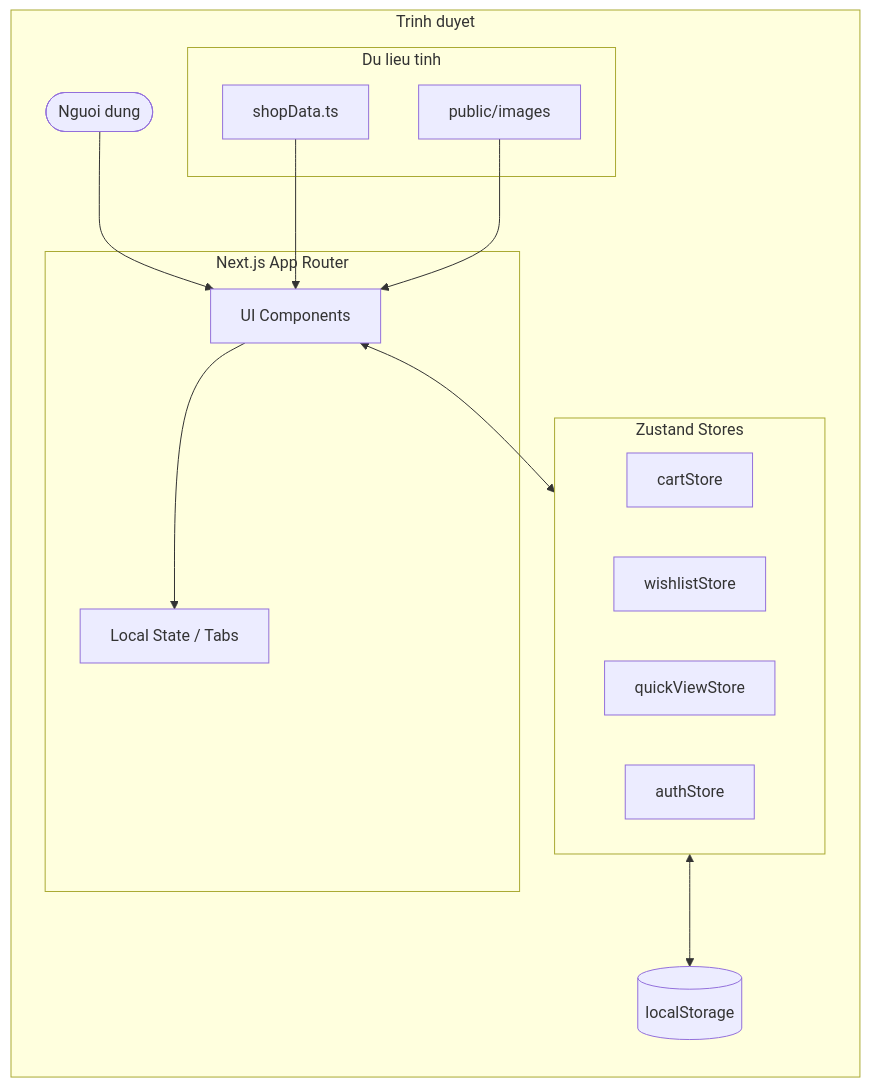
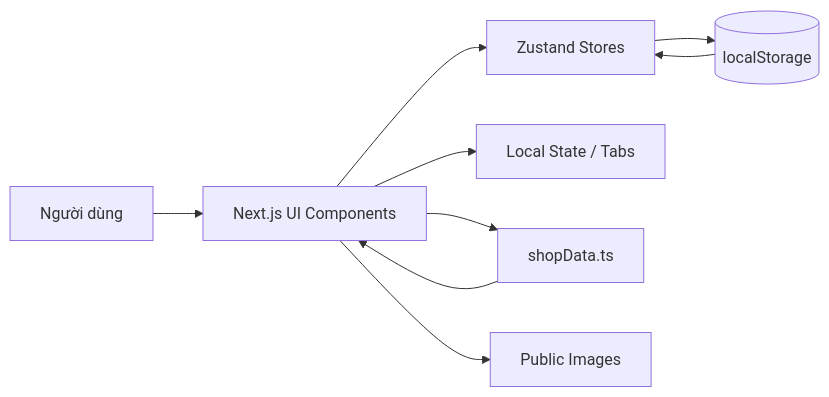
One commit to NguyenDinhDang/Docs-E-commerce changed the second of 9 diagrams in 07-so-do-mermaid.md. Above: the diagram before and after it, drawn with Mermaid. The commit also changed other lines of this file and 4 other files, not shown here.

````diff
--- a/07-so-do-mermaid.md
+++ b/07-so-do-mermaid.md
@@ -31,33 +22,11 @@
 ```mermaid
 flowchart LR
-    subgraph Client["Trinh duyet"]
-        direction TB
-        User([Nguoi dung])
-
-        subgraph NextJS["Next.js App Router"]
-            UI[UI Components]
-            LocalState[Local State / Tabs]
-        end
-
-        subgraph StateLayer["Zustand Stores"]
-            CartStore[cartStore]
-            WishStore[wishlistStore]
-            QVStore[quickViewStore]
-            AuthStore[authStore]
-        end
-
-        subgraph DataLayer["Du lieu tinh"]
-            ShopData[shopData.ts]
-            Images[public/images]
-        end
-
-        LS[(localStorage)]
-    end
-
-    User --> UI
-    UI --> LocalState
-    UI <--> StateLayer
-    ShopData --> UI
-    Images --> UI
-    StateLayer <--> LS
+  U[Người dùng] --> UI[Next.js UI Components]
+  UI --> S1[Zustand Stores]
+  UI --> S2[Local State / Tabs]
+  UI --> D1[shopData.ts]
+  S1 --> LS[(localStorage)]
+  D1 --> UI
+  LS --> S1
+  UI --> P[Public Images]
 ```
````
